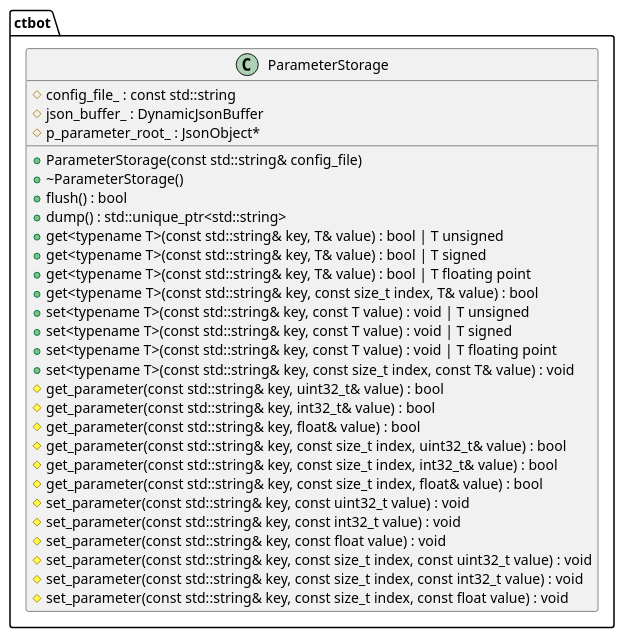
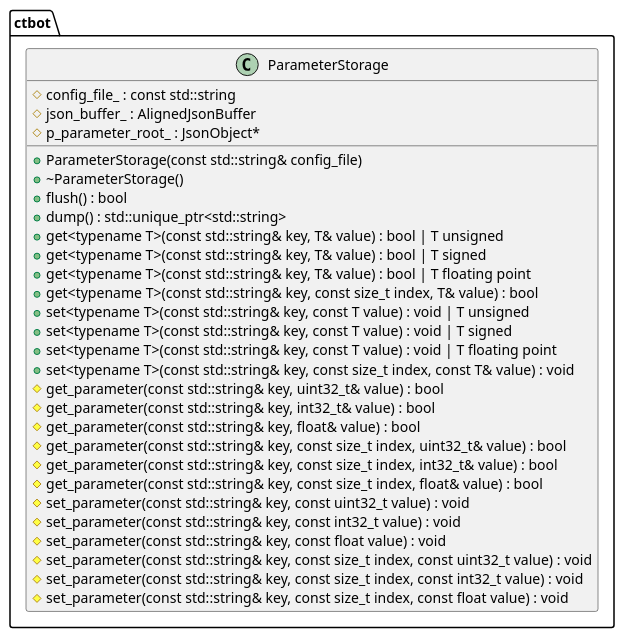
One commit to tsandmann/ctbot-teensy changed the diagram in doc/uml/parameter_storage.puml. Above: the diagram before and after it, drawn with PlantUML. The commit also changed 3 other files, not shown here.

```diff
--- a/doc/uml/parameter_storage.puml
+++ b/doc/uml/parameter_storage.puml
@@ -1,35 +1,35 @@
 @startuml parameter_storage
 
 namespace ctbot {
     class ParameterStorage {
         +ParameterStorage(const std::string& config_file)
         +~ParameterStorage()
         +flush() : bool
         +dump() : std::unique_ptr<std::string>
         +get<typename T>(const std::string& key, T& value) : bool | T unsigned
         +get<typename T>(const std::string& key, T& value) : bool | T signed
         +get<typename T>(const std::string& key, T& value) : bool | T floating point
         +get<typename T>(const std::string& key, const size_t index, T& value) : bool
         +set<typename T>(const std::string& key, const T value) : void | T unsigned
         +set<typename T>(const std::string& key, const T value) : void | T signed
         +set<typename T>(const std::string& key, const T value) : void | T floating point
         +set<typename T>(const std::string& key, const size_t index, const T& value) : void
         #get_parameter(const std::string& key, uint32_t& value) : bool
         #get_parameter(const std::string& key, int32_t& value) : bool
         #get_parameter(const std::string& key, float& value) : bool
         #get_parameter(const std::string& key, const size_t index, uint32_t& value) : bool
         #get_parameter(const std::string& key, const size_t index, int32_t& value) : bool
         #get_parameter(const std::string& key, const size_t index, float& value) : bool
         #set_parameter(const std::string& key, const uint32_t value) : void
         #set_parameter(const std::string& key, const int32_t value) : void
         #set_parameter(const std::string& key, const float value) : void
         #set_parameter(const std::string& key, const size_t index, const uint32_t value) : void
         #set_parameter(const std::string& key, const size_t index, const int32_t value) : void
         #set_parameter(const std::string& key, const size_t index, const float value) : void
         #config_file_ : const std::string
-        #json_buffer_ : DynamicJsonBuffer
+        #json_buffer_ : AlignedJsonBuffer
         #p_parameter_root_ : JsonObject*
     }
 }
 
 @enduml
```
